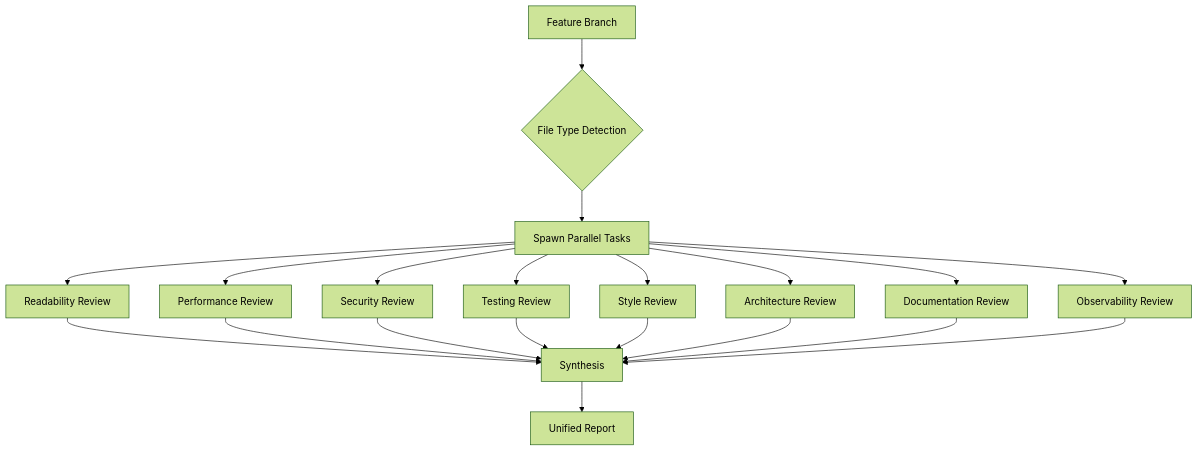
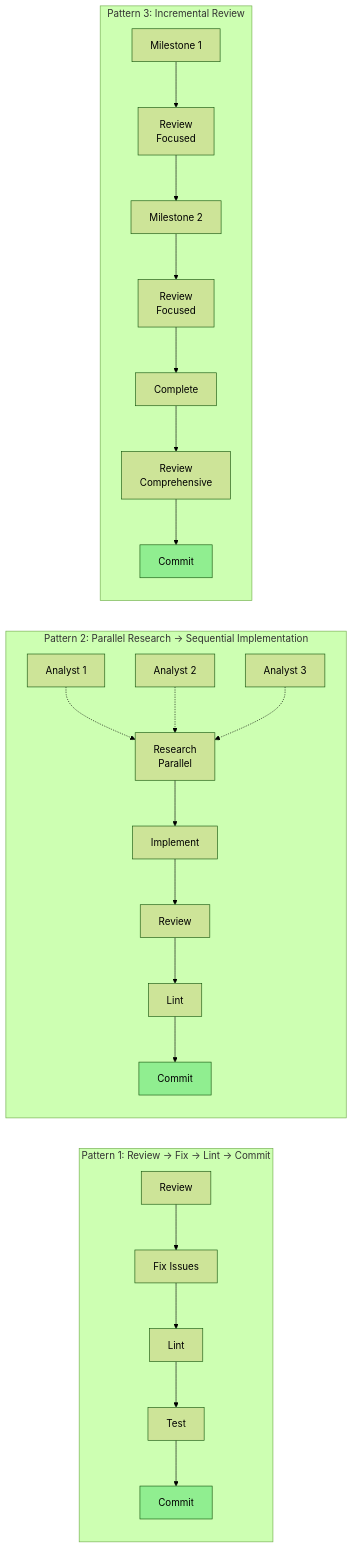
One commit to thomasholknielsen/claude-code-config changed the eighth of 8 diagrams in docs/typical-workflows.md. Above: the diagram before and after it, drawn with Mermaid (forest theme). The commit also changed other lines of this file and 130 other files, not shown here.

````diff
--- a/docs/typical-workflows.md
+++ b/docs/typical-workflows.md
@@ -187,22 +626,32 @@
 ```mermaid
-graph TD
-    A[Feature Branch] --> B{File Type Detection}
-    B --> C[Spawn Parallel Tasks]
-    C --> D1[Readability Review]
-    C --> D2[Performance Review]
-    C --> D3[Security Review]
-    C --> D4[Testing Review]
-    C --> D5[Style Review]
-    C --> D6[Architecture Review]
-    C --> D7[Documentation Review]
-    C --> D8[Observability Review]
-    D1 --> E[Synthesis]
-    D2 --> E
-    D3 --> E
-    D4 --> E
-    D5 --> E
-    D6 --> E
-    D7 --> E
-    D8 --> E
-    E --> F[Unified Report]
+graph LR
+    subgraph "Pattern 1: Review → Fix → Lint → Commit"
+        A1[Review] --> A2[Fix Issues]
+        A2 --> A3[Lint]
+        A3 --> A4[Test]
+        A4 --> A5[Commit]
+    end
+
+    subgraph "Pattern 2: Parallel Research → Sequential Implementation"
+        B1[Research<br/>Parallel] --> B2[Implement]
+        B1a[Analyst 1] -.-> B1
+        B1b[Analyst 2] -.-> B1
+        B1c[Analyst 3] -.-> B1
+        B2 --> B3[Review]
+        B3 --> B4[Lint]
+        B4 --> B5[Commit]
+    end
+
+    subgraph "Pattern 3: Incremental Review"
+        C1[Milestone 1] --> C2[Review<br/>Focused]
+        C2 --> C3[Milestone 2]
+        C3 --> C4[Review<br/>Focused]
+        C4 --> C5[Complete]
+        C5 --> C6[Review<br/>Comprehensive]
+        C6 --> C7[Commit]
+    end
+
+    style A5 fill:#90EE90
+    style B5 fill:#90EE90
+    style C7 fill:#90EE90
 ```
````
